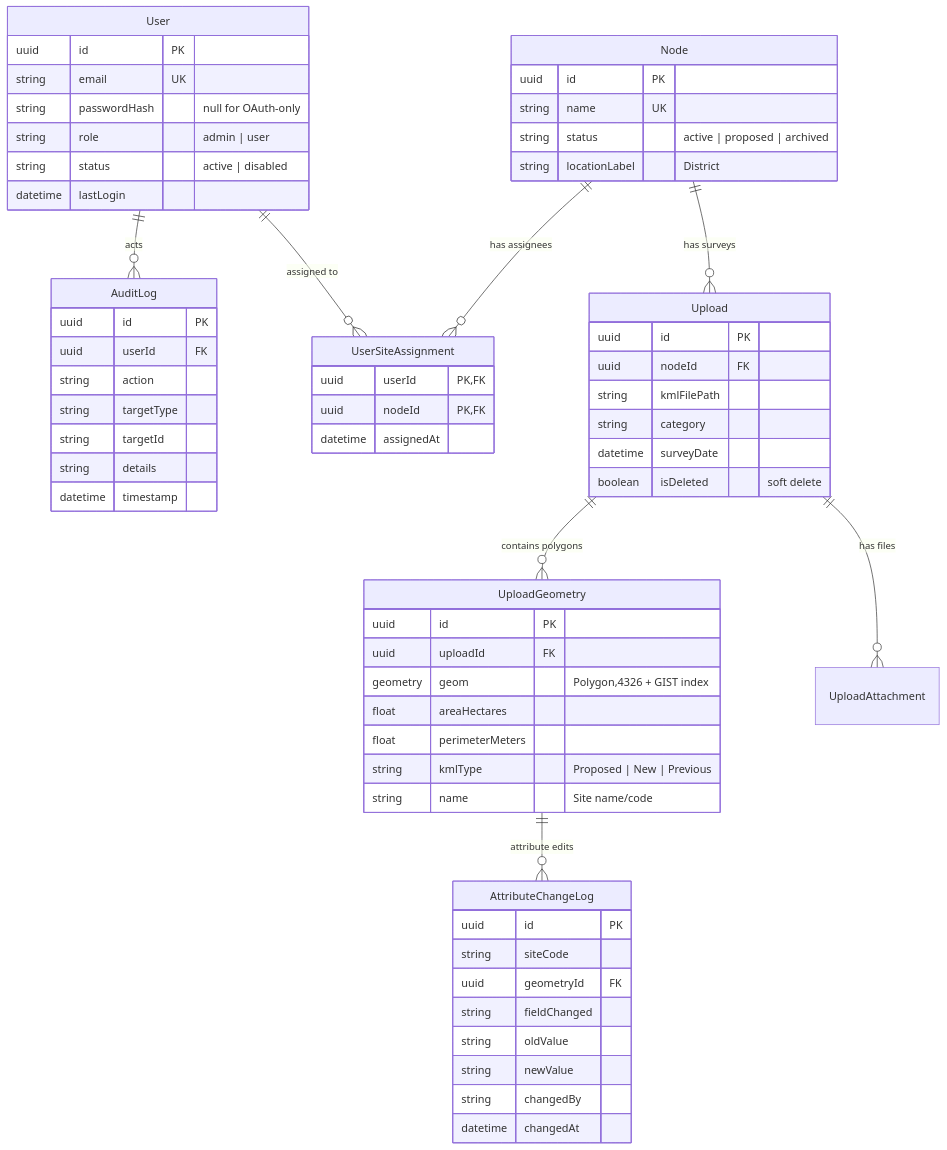
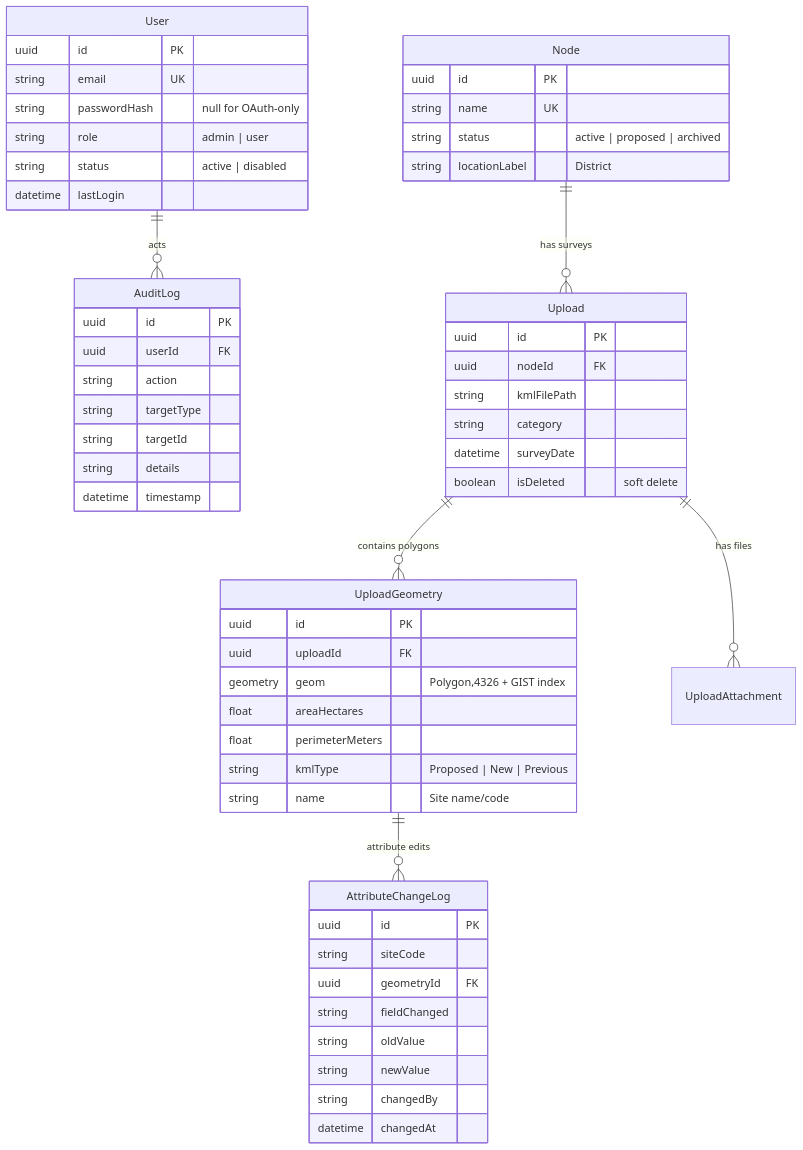
One commit to Anupamgt/minearchive changed the fourth of 6 diagrams in docs/system-design.md. Above: the diagram before and after it, drawn with Mermaid. The commit also changed other lines of this file and 18 other files, not shown here.

````diff
--- a/docs/system-design.md
+++ b/docs/system-design.md
@@ -156,66 +156,59 @@
 ```mermaid
 erDiagram
     User ||--o{ AuditLog : "acts"
-    User ||--o{ UserSiteAssignment : "assigned to"
-    Node ||--o{ UserSiteAssignment : "has assignees"
     Node ||--o{ Upload : "has surveys"
     Upload ||--o{ UploadGeometry : "contains polygons"
     Upload ||--o{ UploadAttachment : "has files"
     UploadGeometry ||--o{ AttributeChangeLog : "attribute edits"
 
     User {
         uuid id PK
         string email UK
         string passwordHash "null for OAuth-only"
         string role "admin | user"
         string status "active | disabled"
         datetime lastLogin
     }
     Node {
         uuid id PK
         string name UK
         string status "active | proposed | archived"
         string locationLabel "District"
     }
     Upload {
         uuid id PK
         uuid nodeId FK
         string kmlFilePath
         string category
         datetime surveyDate
         boolean isDeleted "soft delete"
     }
     UploadGeometry {
         uuid id PK
         uuid uploadId FK
         geometry geom "Polygon,4326 + GIST index"
         float areaHectares
         float perimeterMeters
         string kmlType "Proposed | New | Previous"
         string name "Site name/code"
     }
     AttributeChangeLog {
         uuid id PK
         string siteCode
         uuid geometryId FK
         string fieldChanged
         string oldValue
         string newValue
         string changedBy
         datetime changedAt
     }
     AuditLog {
         uuid id PK
         uuid userId FK
         string action
         string targetType
         string targetId
         string details
         datetime timestamp
     }
-    UserSiteAssignment {
-        uuid userId PK,FK
-        uuid nodeId PK,FK
-        datetime assignedAt
-    }
 ```
````
